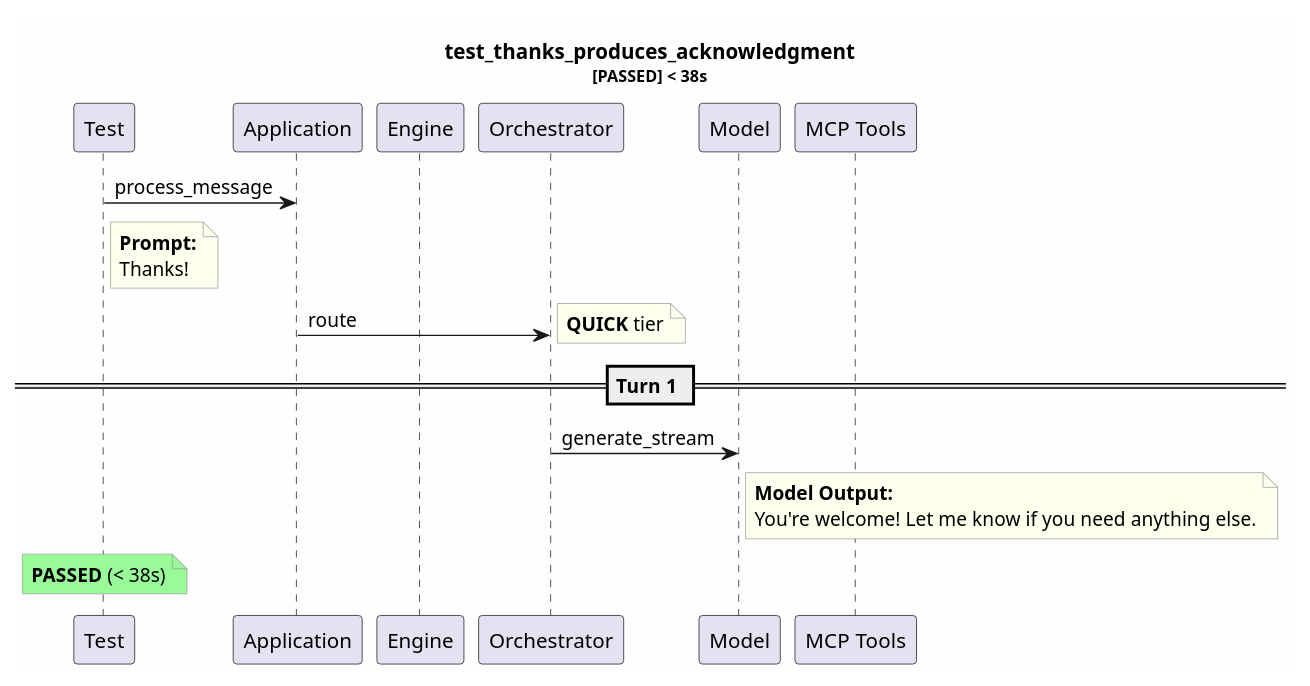
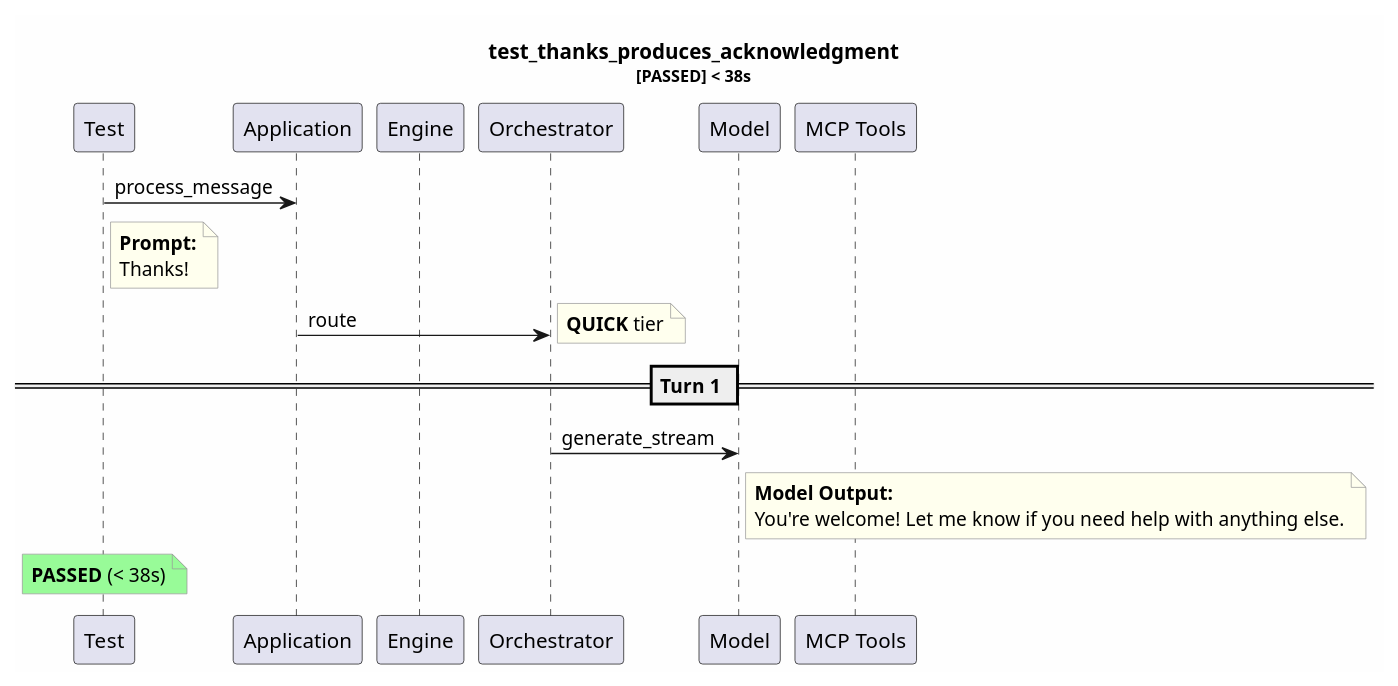
Before and after one commit to tvanfossen/entropic: the diagram in test-reports/logs/test_thanks_produces_acknowledgment/test_thanks_produces_acknowledgment.puml, drawn with PlantUML. The commit also changed 9 other files, not shown here.

First line of the commit message:
fix: auto-stage puml sequence diagrams after model test runs

```diff
--- a/test-reports/logs/test_thanks_produces_acknowledgment/test_thanks_produces_acknowledgment.puml
+++ b/test-reports/logs/test_thanks_produces_acknowledgment/test_thanks_produces_acknowledgment.puml
@@ -1,31 +1,31 @@
 @startuml
 skinparam backgroundColor #FEFEFE
 skinparam noteBorderColor #999999
 skinparam noteBackgroundColor #FFFFEE
 title test_thanks_produces_acknowledgment\n<size:11>[PASSED] < 38s</size>
 
 participant "Test" as T
 participant "Application" as App
 participant "Engine" as Eng
 participant "Orchestrator" as Orch
 participant "Model" as Mdl
 participant "MCP Tools" as MCP
 
 T -> App: process_message
 note right of T
   **Prompt:**
   Thanks!
 end note
 App -> Orch: route
 note right: **QUICK** tier
 == Turn 1 ==
 Orch -> Mdl: generate_stream
 note right of Mdl
   **Model Output:**
-  You're welcome! Let me know if you need anything else.
+  You're welcome! Let me know if you need help with anything else.
 end note
 note over T #palegreen
   **PASSED** (< 38s)
 end note
 
 @enduml
```
